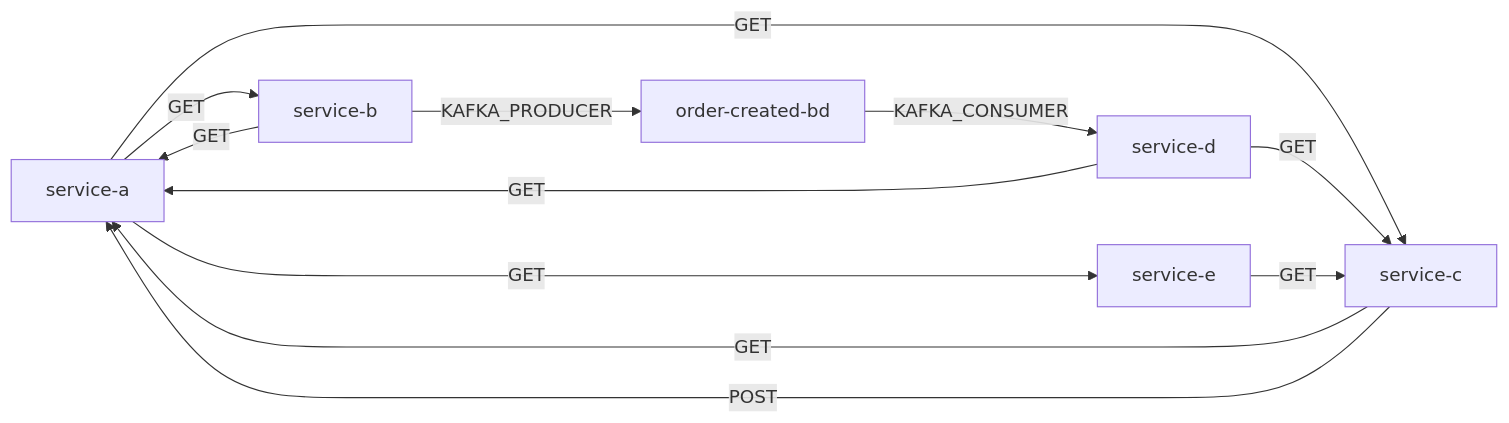
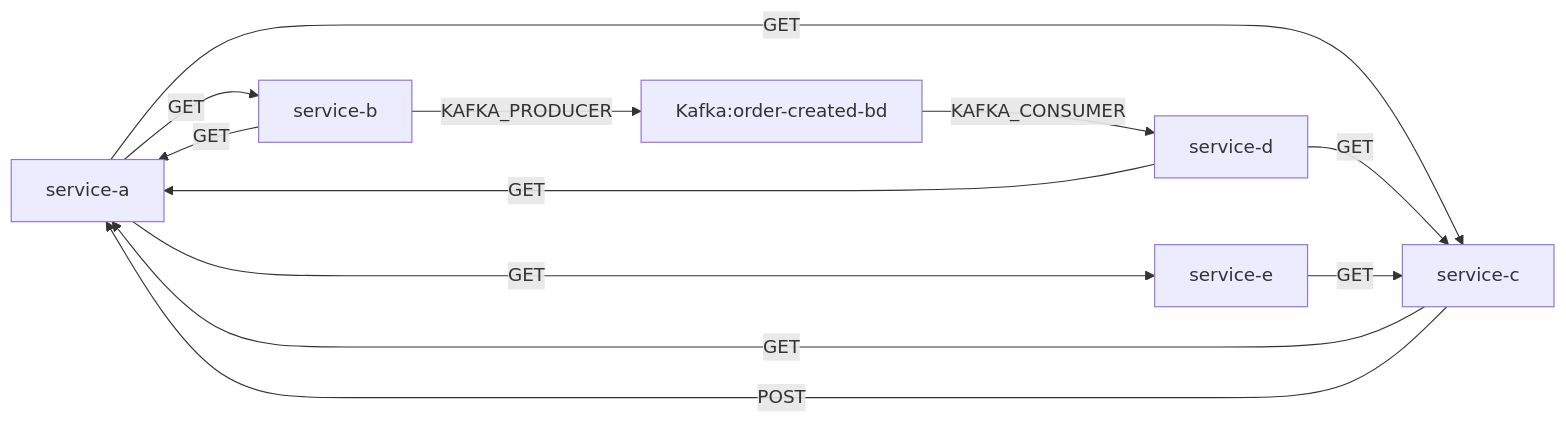
The diagram in output/deps.md (lokesh0507/First_project), drawn with Mermaid before and after one commit. The commit also changed 4 other files, not shown here.

````diff
--- a/output/deps.md
+++ b/output/deps.md
@@ -1,14 +1,14 @@
 ```mermaid
 graph LR
   service-a -->|GET| service-b
   service-a -->|GET| service-c
   service-a -->|GET| service-e
   service-b -->|GET| service-a
-  service-b -->|KAFKA_PRODUCER| order-created-bd
+  service-b -->|KAFKA_PRODUCER| Kafka:order-created-bd
   service-c -->|GET| service-a
   service-c -->|POST| service-a
   service-d -->|GET| service-a
   service-d -->|GET| service-c
-  order-created-bd -->|KAFKA_CONSUMER| service-d
+  Kafka:order-created-bd -->|KAFKA_CONSUMER| service-d
   service-e -->|GET| service-c
 ```
````
